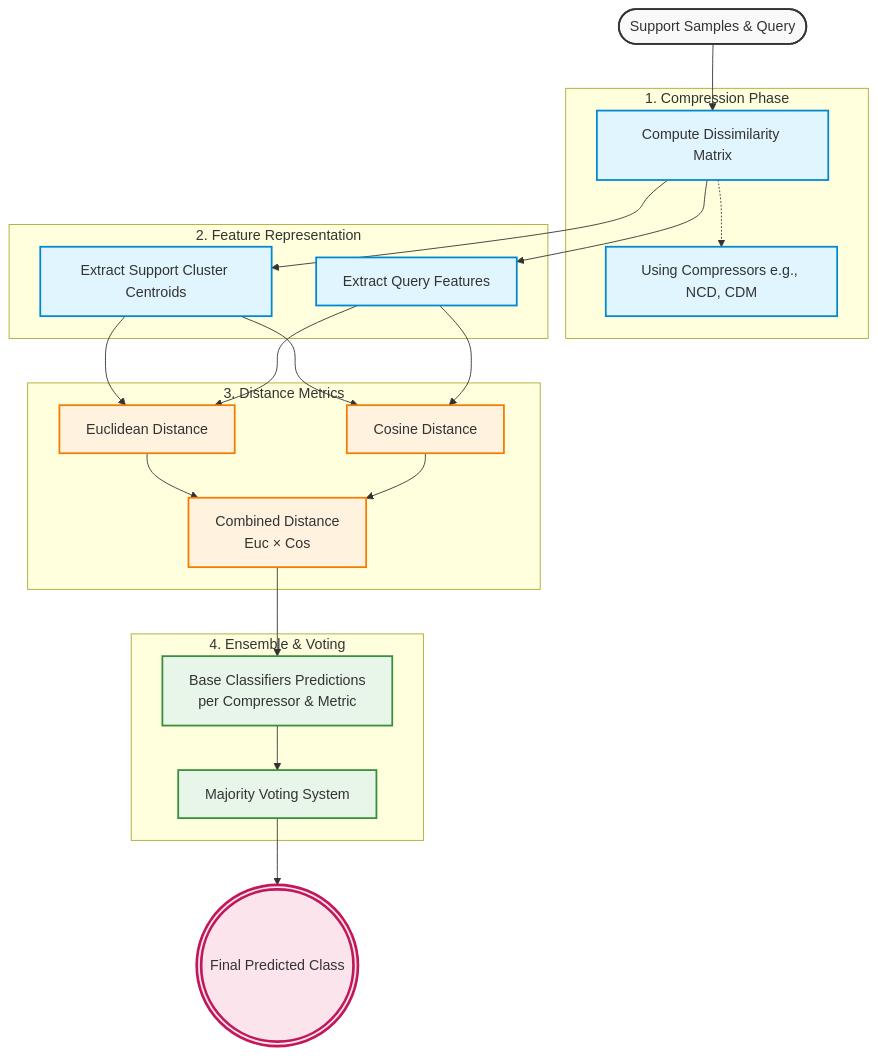
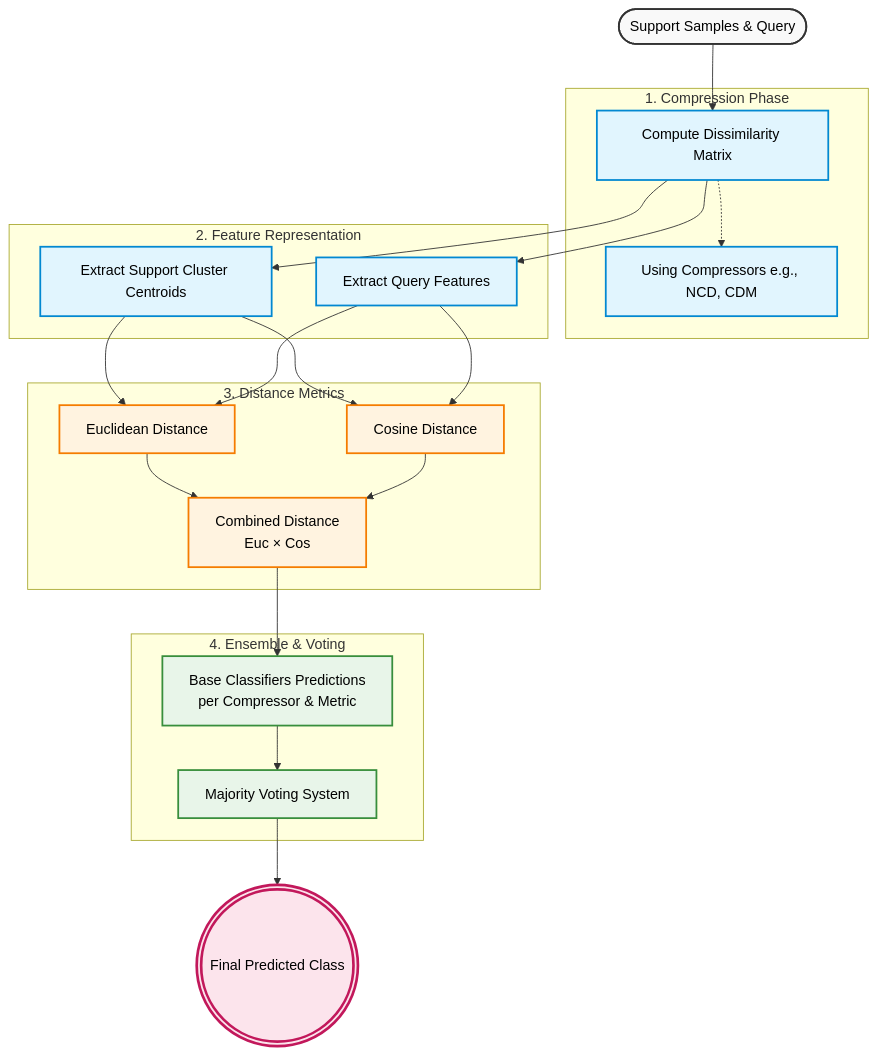
One commit to unlikeghost/scope changed the diagram in README.md. Above: the diagram before and after it, drawn with Mermaid.

Commit message:
docs: enhance README flowchart with detailed nodes, styling, and subgraphs

````diff
--- a/README.md
+++ b/README.md
@@ -15,53 +15,53 @@
 ```mermaid
 flowchart TD
     %% Styling
-    classDef input fill:#f9f9f9,stroke:#333,stroke-width:2px;
-    classDef process fill:#e1f5fe,stroke:#0288d1,stroke-width:2px;
-    classDef metric fill:#fff3e0,stroke:#f57c00,stroke-width:2px;
-    classDef decision fill:#e8f5e9,stroke:#388e3c,stroke-width:2px;
-    classDef output fill:#fce4ec,stroke:#c2185b,stroke-width:3px;
+    classDef input fill:#f9f9f9,stroke:#333,stroke-width:2px,color:#000;
+    classDef process fill:#e1f5fe,stroke:#0288d1,stroke-width:2px,color:#000;
+    classDef metric fill:#fff3e0,stroke:#f57c00,stroke-width:2px,color:#000;
+    classDef decision fill:#e8f5e9,stroke:#388e3c,stroke-width:2px,color:#000;
+    classDef output fill:#fce4ec,stroke:#c2185b,stroke-width:3px,color:#000;
 
     %% Nodes
     In([Support Samples & Query]):::input
     
     subgraph Compression["1. Compression Phase"]
         DM[Compute Dissimilarity Matrix]:::process
         Comp[Using Compressors e.g., NCD, CDM]:::process
     end
 
     subgraph FeatureExtraction["2. Feature Representation"]
         Centroids[Extract Support Cluster Centroids]:::process
         QueryFeat[Extract Query Features]:::process
     end
 
     subgraph DistanceCalculation["3. Distance Metrics"]
         Euc[Euclidean Distance]:::metric
         Cos[Cosine Distance]:::metric
         Combined[Combined Distance <br/> Euc &times; Cos]:::metric
     end
 
     subgraph EnsembleDecision["4. Ensemble & Voting"]
         Classifiers[Base Classifiers Predictions <br/> per Compressor & Metric]:::decision
         Vote[Majority Voting System]:::decision
     end
 
     Out(((Final Predicted Class))):::output
 
     %% Edges
     In --> DM
     DM -.-> Comp
     DM --> Centroids
     DM --> QueryFeat
     
     Centroids --> Euc
     QueryFeat --> Euc
     Centroids --> Cos
     QueryFeat --> Cos
     
     Euc --> Combined
     Cos --> Combined
     
     Combined --> Classifiers
     Classifiers --> Vote
     Vote --> Out
 ```
````
